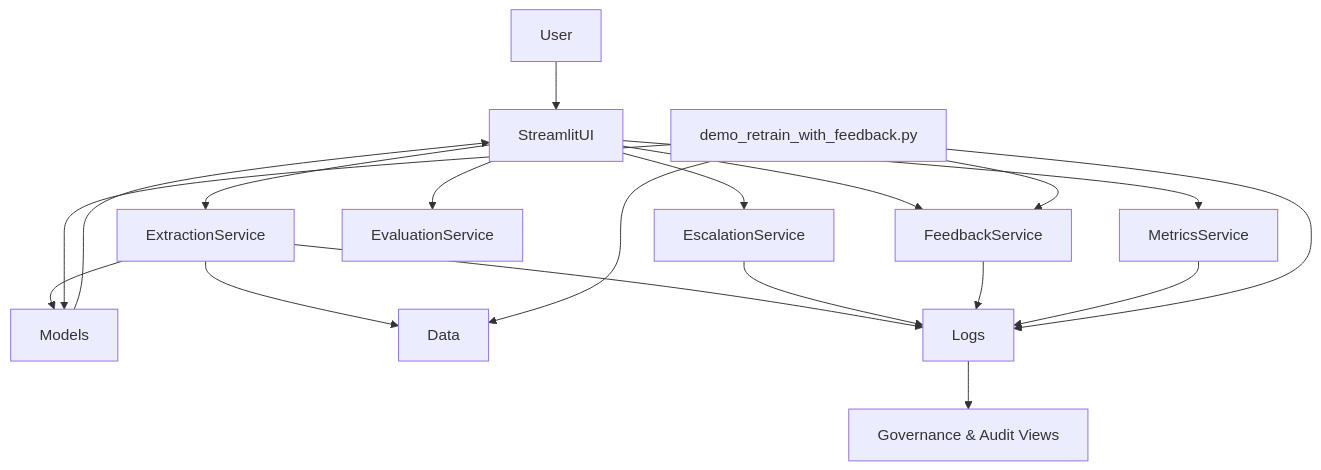
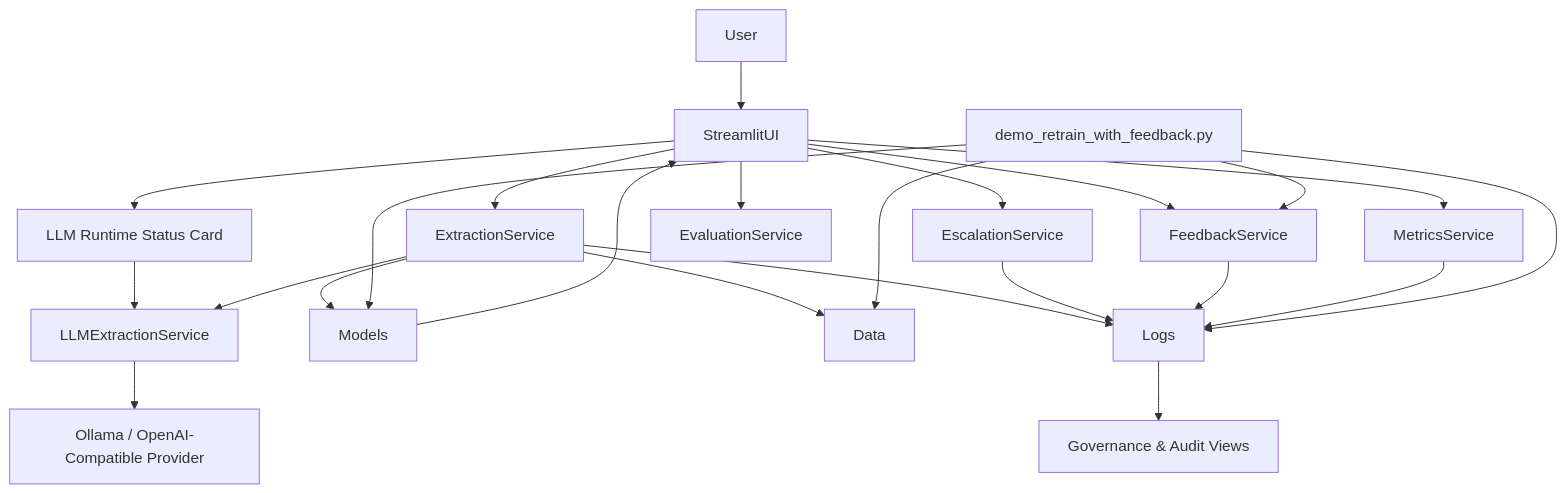
One commit to obizues/AI-Governance-Platform changed the first of 3 diagrams in docs/architecture.md. Above: the diagram before and after it, drawn with Mermaid. The commit also changed other lines of this file and 8 other files, not shown here.

Commit message:
v1.0.0: AI-native release docs, UI copy, and architecture updates

````diff
--- a/docs/architecture.md
+++ b/docs/architecture.md
@@ -30,21 +30,25 @@
 ```mermaid
 graph TD
   User --> StreamlitUI
   StreamlitUI --> ExtractionService
+  StreamlitUI --> LLMStatus[LLM Runtime Status Card]
+  LLMStatus --> LLMExtractionService
   StreamlitUI --> EscalationService
   StreamlitUI --> FeedbackService
   StreamlitUI --> EvaluationService
   StreamlitUI --> MetricsService
+  ExtractionService --> LLMExtractionService
+  LLMExtractionService --> Ollama[Ollama / OpenAI-Compatible Provider]
   ExtractionService --> Models
   ExtractionService --> Data
   ExtractionService --> Logs
   EscalationService --> Logs
   FeedbackService --> Logs
   MetricsService --> Logs
   RetrainScript[demo_retrain_with_feedback.py] --> FeedbackService
   RetrainScript --> Data
   RetrainScript --> Models
   RetrainScript --> Logs
   Logs --> GovernanceAudit[Governance & Audit Views]
   Models --> StreamlitUI
 ```
````
